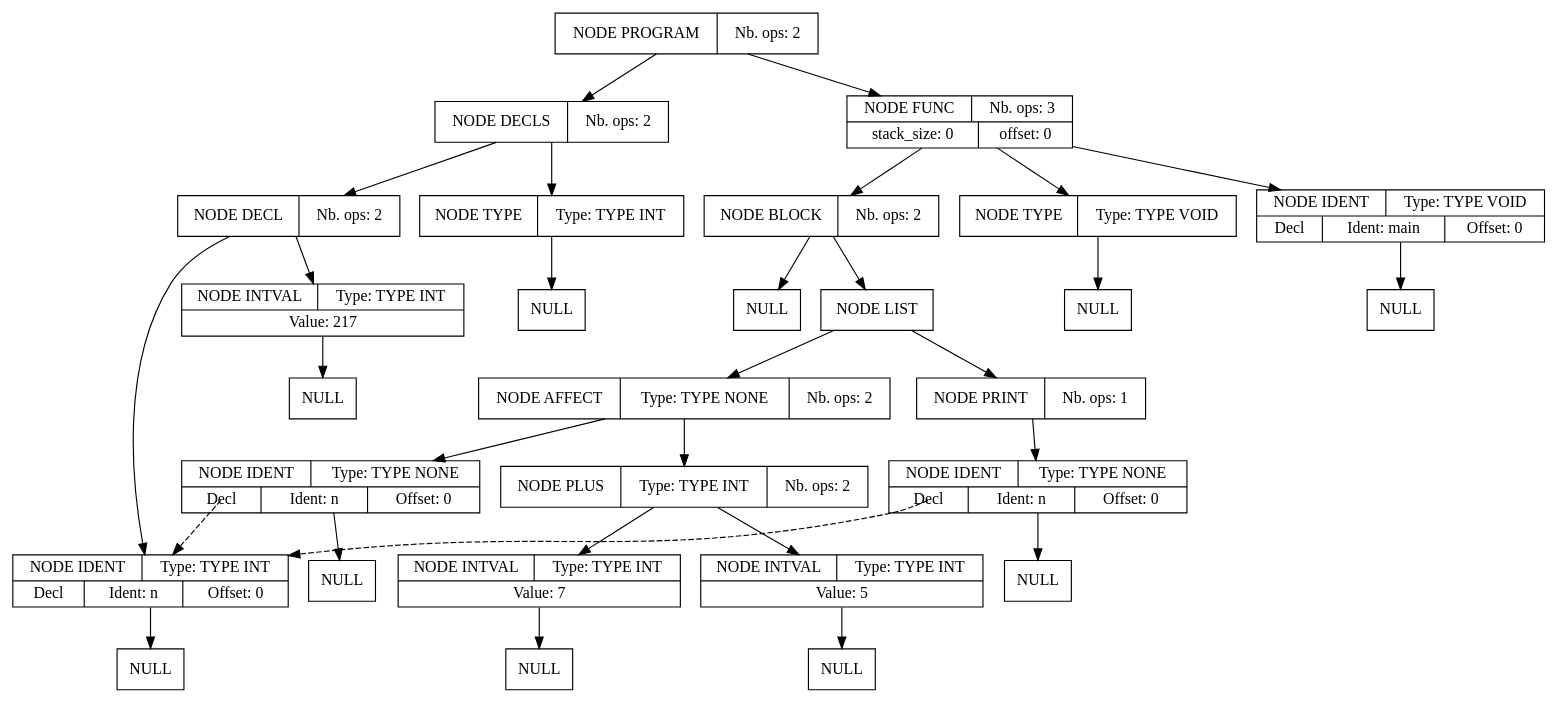
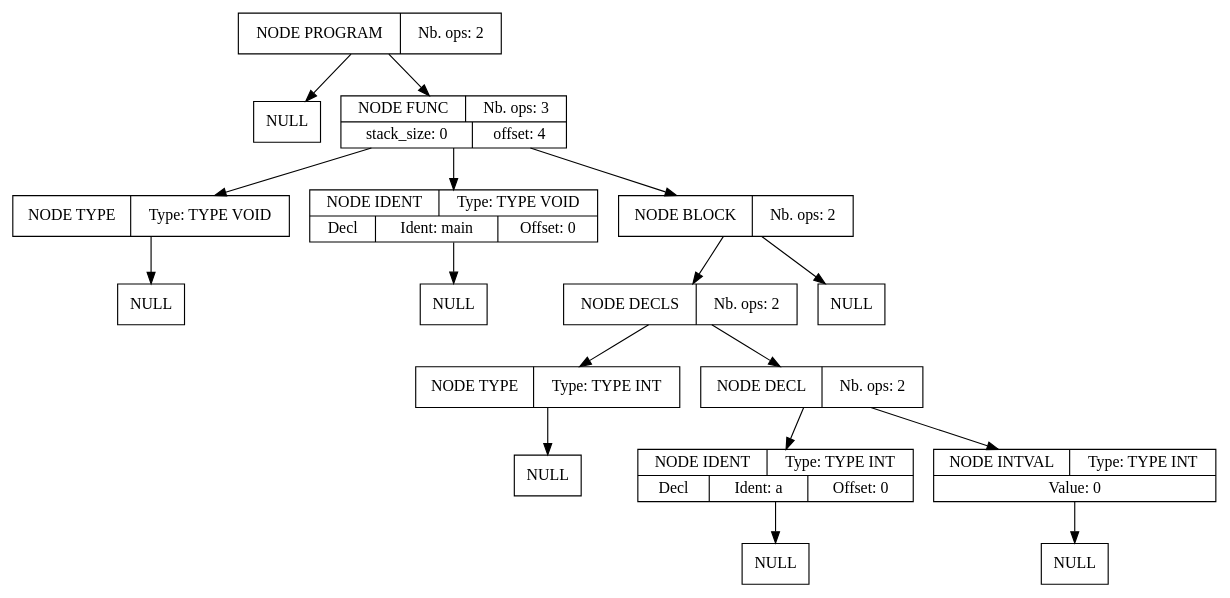
One commit to Serial-DeV/Compilation changed the diagram in projet_compilation_src/src/fichier_dump_fin.dot. Above: the diagram before and after it, drawn with Graphviz. The commit also changed 10 other files, not shown here.

```diff
--- a/projet_compilation_src/src/fichier_dump_fin.dot
+++ b/projet_compilation_src/src/fichier_dump_fin.dot
@@ -1,88 +1,51 @@
 digraph global_vars {
     N1 [shape=record, label="{{NODE PROGRAM|Nb. ops: 2}}"];
-    N2 [shape=record, label="{{NODE DECLS|Nb. ops: 2}}"];
-    N3 [shape=record, label="{{NODE TYPE|Type: TYPE INT}}"];
-    N4 [shape=record, label="{{NULL}}"];
+    N2 [shape=record, label="{{NULL}}"];
+    edge[tailclip=true];
+    N1 -> N2
+    N3 [shape=record, label="{{NODE FUNC|Nb. ops: 3}|{stack_size: 0|offset: 4}}"];
+    N4 [shape=record, label="{{NODE TYPE|Type: TYPE VOID}}"];
+    N5 [shape=record, label="{{NULL}}"];
+    edge[tailclip=true];
+    N4 -> N5
     edge[tailclip=true];
     N3 -> N4
-    edge[tailclip=true];
-    N2 -> N3
-    N5 [shape=record, label="{{NODE DECL|Nb. ops: 2}}"];
-    N6 [shape=record, label="{{NODE IDENT|Type: TYPE INT}|{<decl>Decl      |Ident: n|Offset: 0}}"];
+    N6 [shape=record, label="{{NODE IDENT|Type: TYPE VOID}|{<decl>Decl      |Ident: main|Offset: 0}}"];
     N7 [shape=record, label="{{NULL}}"];
     edge[tailclip=true];
     N6 -> N7
     edge[tailclip=true];
-    N5 -> N6
-    N8 [shape=record, label="{{NODE INTVAL|Type: TYPE INT}|{Value: 217}}"];
-    N9 [shape=record, label="{{NULL}}"];
-    edge[tailclip=true];
-    N8 -> N9
-    edge[tailclip=true];
-    N5 -> N8
-    edge[tailclip=true];
-    N2 -> N5
-    edge[tailclip=true];
-    N1 -> N2
-    N10 [shape=record, label="{{NODE FUNC|Nb. ops: 3}|{stack_size: 0|offset: 0}}"];
-    N11 [shape=record, label="{{NODE TYPE|Type: TYPE VOID}}"];
-    N12 [shape=record, label="{{NULL}}"];
-    edge[tailclip=true];
-    N11 -> N12
+    N3 -> N6
+    N8 [shape=record, label="{{NODE BLOCK|Nb. ops: 2}}"];
+    N9 [shape=record, label="{{NODE DECLS|Nb. ops: 2}}"];
+    N10 [shape=record, label="{{NODE TYPE|Type: TYPE INT}}"];
+    N11 [shape=record, label="{{NULL}}"];
     edge[tailclip=true];
     N10 -> N11
-    N13 [shape=record, label="{{NODE IDENT|Type: TYPE VOID}|{<decl>Decl      |Ident: main|Offset: 0}}"];
+    edge[tailclip=true];
+    N9 -> N10
+    N12 [shape=record, label="{{NODE DECL|Nb. ops: 2}}"];
+    N13 [shape=record, label="{{NODE IDENT|Type: TYPE INT}|{<decl>Decl      |Ident: a|Offset: 0}}"];
     N14 [shape=record, label="{{NULL}}"];
     edge[tailclip=true];
     N13 -> N14
     edge[tailclip=true];
-    N10 -> N13
-    N15 [shape=record, label="{{NODE BLOCK|Nb. ops: 2}}"];
+    N12 -> N13
+    N15 [shape=record, label="{{NODE INTVAL|Type: TYPE INT}|{Value: 0}}"];
     N16 [shape=record, label="{{NULL}}"];
     edge[tailclip=true];
     N15 -> N16
-    N17 [shape=record, label="{{NODE LIST}}"];
-    N18 [shape=record, label="{{NODE AFFECT|Type: TYPE NONE|Nb. ops: 2}}"];
-    N19 [shape=record, label="{{NODE IDENT|Type: TYPE NONE}|{<decl>Decl      |Ident: n|Offset: 0}}"];
-    edge[tailclip=false];
-    "N19":decl:c -> "N6" [style=dashed]
-    N20 [shape=record, label="{{NULL}}"];
     edge[tailclip=true];
-    N19 -> N20
+    N12 -> N15
     edge[tailclip=true];
-    N18 -> N19
-    N21 [shape=record, label="{{NODE PLUS|Type: TYPE INT|Nb. ops: 2}}"];
-    N22 [shape=record, label="{{NODE INTVAL|Type: TYPE INT}|{Value: 5}}"];
-    N23 [shape=record, label="{{NULL}}"];
+    N9 -> N12
     edge[tailclip=true];
-    N22 -> N23
+    N8 -> N9
+    N17 [shape=record, label="{{NULL}}"];
     edge[tailclip=true];
-    N21 -> N22
-    N24 [shape=record, label="{{NODE INTVAL|Type: TYPE INT}|{Value: 7}}"];
-    N25 [shape=record, label="{{NULL}}"];
+    N8 -> N17
     edge[tailclip=true];
-    N24 -> N25
+    N3 -> N8
     edge[tailclip=true];
-    N21 -> N24
-    edge[tailclip=true];
-    N18 -> N21
-    edge[tailclip=true];
-    N17 -> N18
-    N26 [shape=record, label="{{NODE PRINT|Nb. ops: 1}}"];
-    N27 [shape=record, label="{{NODE IDENT|Type: TYPE NONE}|{<decl>Decl      |Ident: n|Offset: 0}}"];
-    edge[tailclip=false];
-    "N27":decl:c -> "N6" [style=dashed]
-    N28 [shape=record, label="{{NULL}}"];
-    edge[tailclip=true];
-    N27 -> N28
-    edge[tailclip=true];
-    N26 -> N27
-    edge[tailclip=true];
-    N17 -> N26
-    edge[tailclip=true];
-    N15 -> N17
-    edge[tailclip=true];
-    N10 -> N15
-    edge[tailclip=true];
-    N1 -> N10
+    N1 -> N3
 }
```
